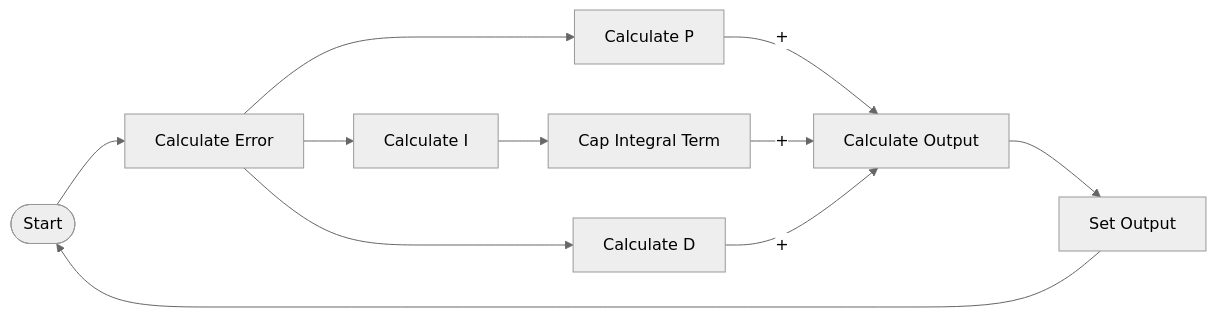
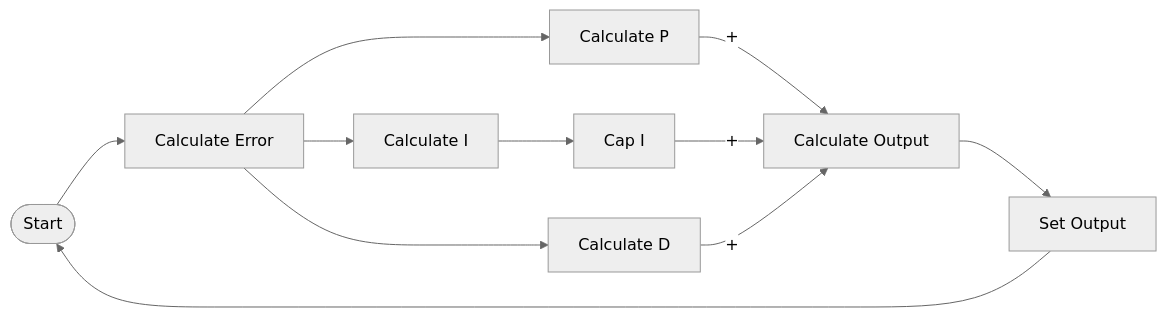
The first of 2 diagrams in docs/programming/control-algorithms/pid.md (AgincourtSkunkworks/FRCDocs), drawn with Mermaid (neutral theme) before and after one commit. The commit also changed other lines of this file, not shown here.

````diff
--- a/docs/programming/control-algorithms/pid.md
+++ b/docs/programming/control-algorithms/pid.md
@@ -17,13 +15,13 @@
 ```mermaid
 flowchart LR
     s([Start]) --> ce[Calculate Error]
     ce --> p[Calculate P]
     ce --> i[Calculate I]
-    i --> ic[Cap Integral Term]
+    i --> ic[Cap I]
     ce --> d[Calculate D]
     p --> |+| o[Calculate Output]
     ic --> |+| o
     d --> |+| o
     o --> so[Set Output]
     so --> s
 ```
````
